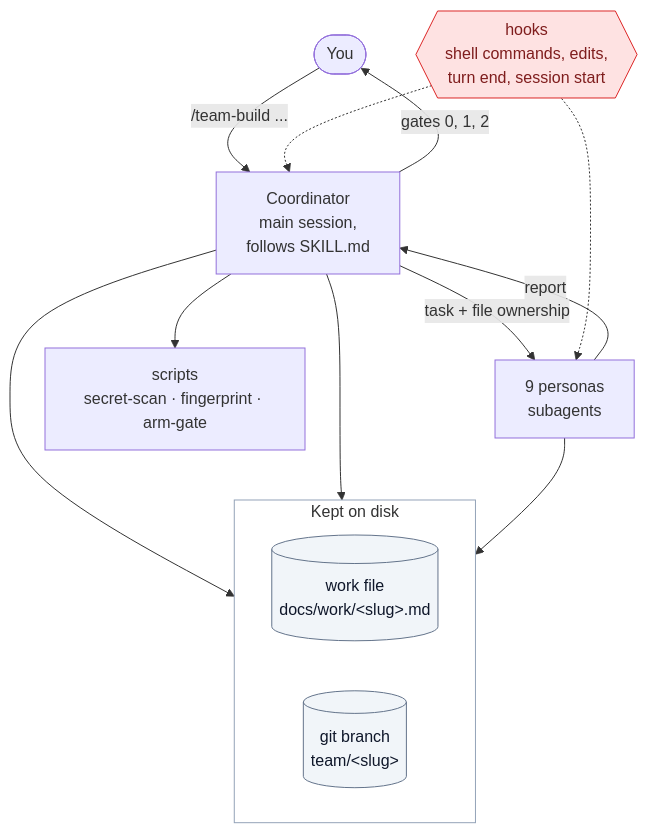
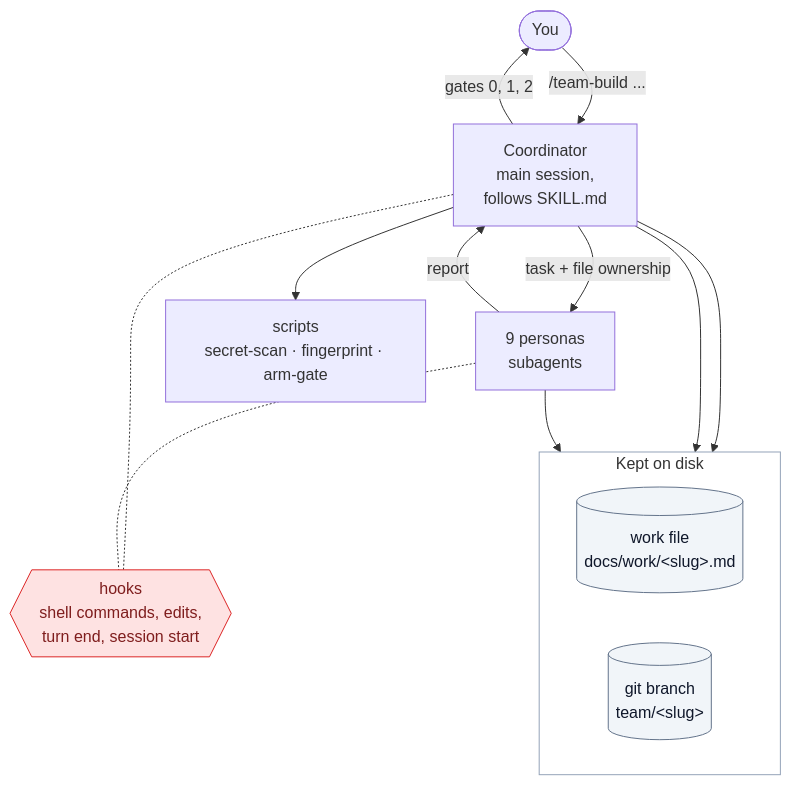
Before and after one commit to suryas91/claude-skills: the first of 2 diagrams in docs/how-it-works.md, drawn with Mermaid. The commit also changed 11 other files, not shown here.

````diff
--- a/docs/how-it-works.md
+++ b/docs/how-it-works.md
@@ -7,22 +7,22 @@
 ```mermaid
 flowchart TB
     U([You]) -- "/team-build ..." --> C[Coordinator<br/>main session,<br/>follows SKILL.md]
     C -- "gates 0, 1, 2" --> U
     C -- "task + file ownership" --> P[9 personas<br/>subagents]
     P -- report --> C
     C --> S[scripts<br/>secret-scan · fingerprint · arm-gate]
     subgraph state [Kept on disk]
         direction LR
         W[(work file<br/>docs/work/&lt;slug&gt;.md)]
         G[(git branch<br/>team/&lt;slug&gt;)]
     end
     C --> W
     C --> G
     P --> G
-    H{{hooks<br/>shell commands, edits,<br/>turn end, session start}} -.-> C & P
+    C & P -.- H{{hooks<br/>shell commands, edits,<br/>turn end, session start}}
     classDef guard fill:#fee2e2,stroke:#dc2626,color:#7f1d1d
     classDef store fill:#f1f5f9,stroke:#64748b,color:#0f172a
     class H guard
     class W,G store
     style state fill:transparent,stroke:#94a3b8
 ```
````
